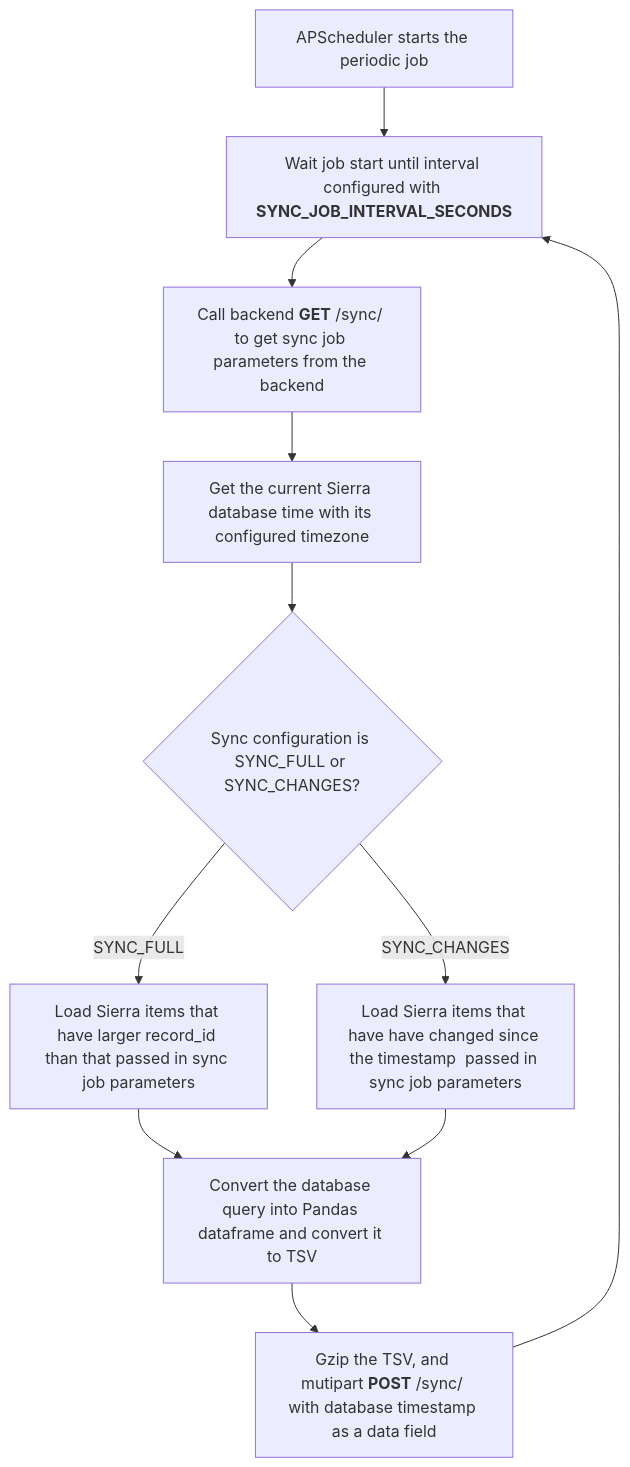
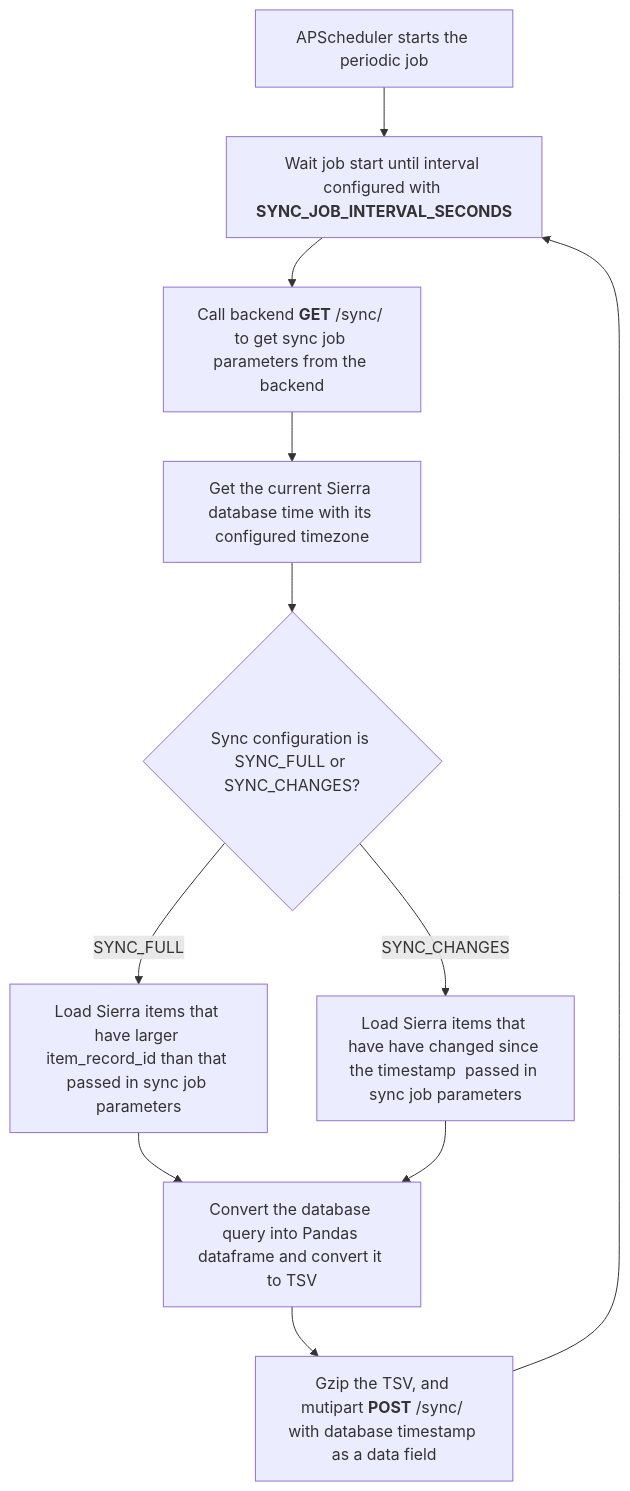
One commit to City-of-Helsinki/signum-savotta changed the diagram in etl_component/README.md. Above: the diagram before and after it, drawn with Mermaid. The commit also changed other lines of this file and 4 other files, not shown here.

````diff
--- a/etl_component/README.md
+++ b/etl_component/README.md
@@ -29,20 +29,20 @@
 ```mermaid
 flowchart TD
     A["`
     APScheduler starts the periodic job
     `"] --> B["`
     Wait job start until interval configured with **SYNC_JOB_INTERVAL_SECONDS**
     `"]
     B --> C["`
     Call backend **GET** /sync/ to get sync job parameters from the backend
     `"]
     C --> D[Get the current Sierra database time with its configured timezone]
     D --> E@{ shape: diamond, label: "Sync configuration is SYNC_FULL or SYNC_CHANGES?" }
-    E -- SYNC_FULL --> F[Load Sierra items that have larger record_id than that passed in sync job parameters]
+    E -- SYNC_FULL --> F[Load Sierra items that have larger item_record_id than that passed in sync job parameters]
     E -- SYNC_CHANGES --> G[Load Sierra items that have have changed since the timestamp  passed in sync job parameters]
     F --> H[Convert the database query into Pandas dataframe and convert it to TSV]
     G --> H
     H --> I["`
     Gzip the TSV, and mutipart **POST** /sync/ with database timestamp as a data field`"]
     I --> B
 ```
````
